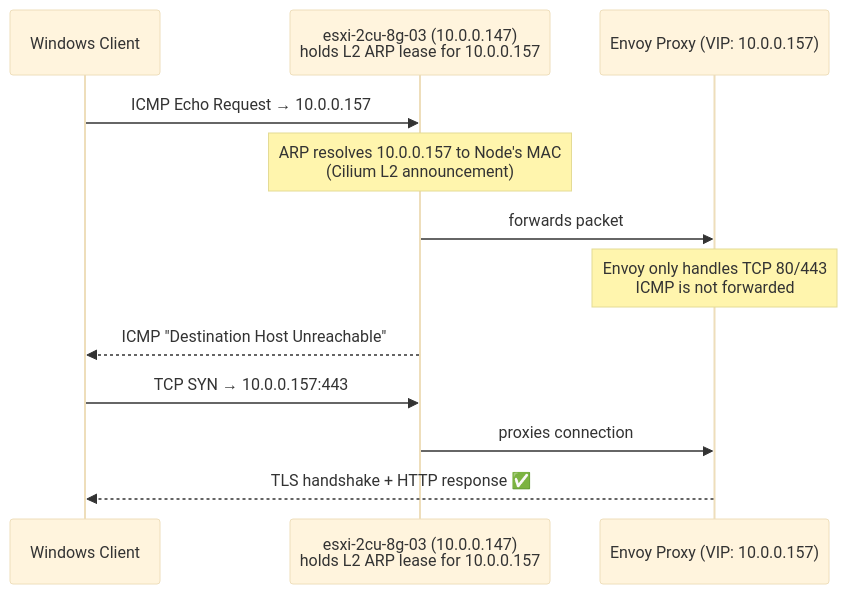
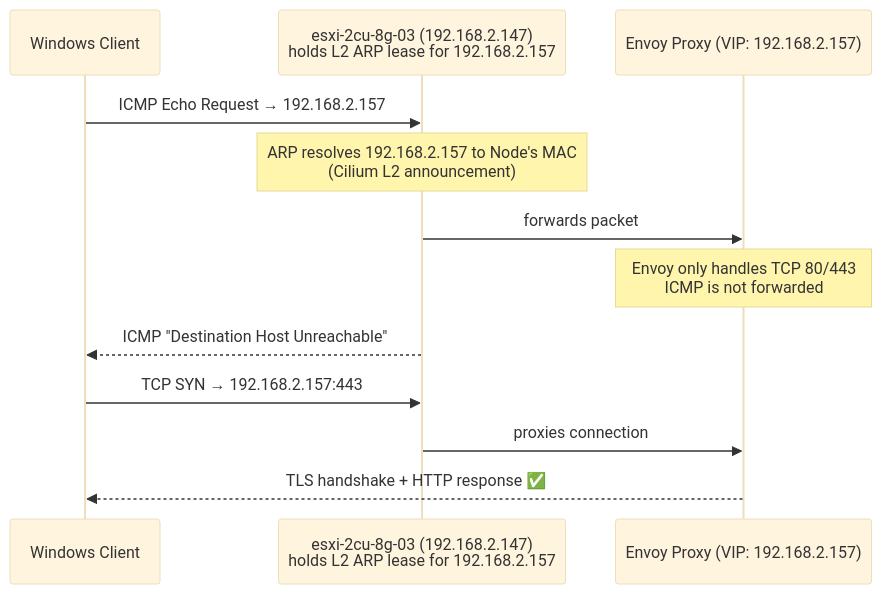
The second of 2 diagrams in docs/faqs/internal-services-not-accessible.md (equinoxel/home-ops), drawn with Mermaid (base theme) before and after one commit. The commit also changed other lines of this file and 48 other files, not shown here.

````diff
--- a/docs/faqs/internal-services-not-accessible.md
+++ b/docs/faqs/internal-services-not-accessible.md
@@ -158,16 +158,16 @@
 ```mermaid
 sequenceDiagram
     participant Win as Windows Client
-    participant Node as esxi-2cu-8g-03 (10.0.0.147)<br/>holds L2 ARP lease for 10.0.0.157
-    participant Envoy as Envoy Proxy (VIP: 10.0.0.157)
+    participant Node as esxi-2cu-8g-03 (192.168.2.147)<br/>holds L2 ARP lease for 192.168.2.157
+    participant Envoy as Envoy Proxy (VIP: 192.168.2.157)
 
-    Win->>Node: ICMP Echo Request → 10.0.0.157
-    Note over Node: ARP resolves 10.0.0.157 to Node's MAC<br/>(Cilium L2 announcement)
+    Win->>Node: ICMP Echo Request → 192.168.2.157
+    Note over Node: ARP resolves 192.168.2.157 to Node's MAC<br/>(Cilium L2 announcement)
     Node->>Envoy: forwards packet
     Note over Envoy: Envoy only handles TCP 80/443<br/>ICMP is not forwarded
     Node-->>Win: ICMP "Destination Host Unreachable"
 
-    Win->>Node: TCP SYN → 10.0.0.157:443
+    Win->>Node: TCP SYN → 192.168.2.157:443
     Node->>Envoy: proxies connection
     Envoy-->>Win: TLS handshake + HTTP response ✅
 ```
````
